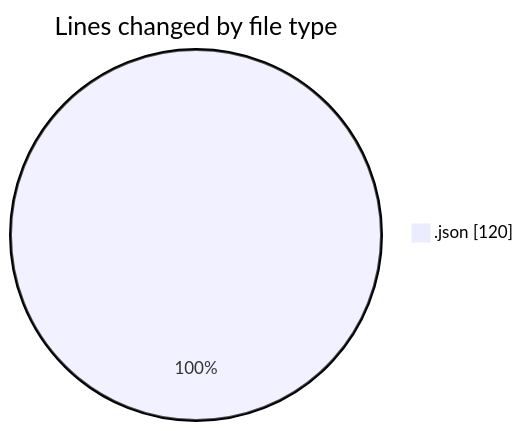
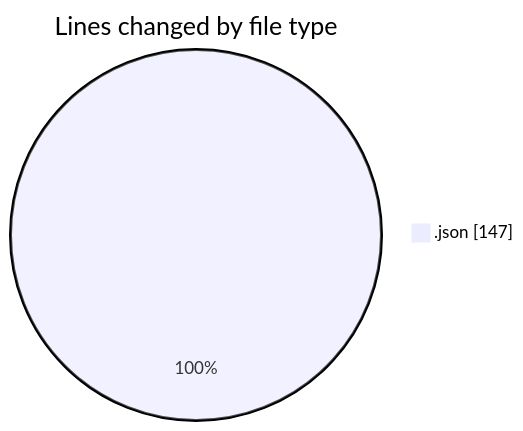
Before and after one commit to EIIisD/code-tracking: the first of 2 diagrams in 2025-08-05/_claude/README.md, drawn with Mermaid. The commit also changed other lines of this file and 1 other file, not shown here.

````diff
--- a/2025-08-05/_claude/README.md
+++ b/2025-08-05/_claude/README.md
@@ -20,5 +20,5 @@
 ```mermaid
 pie showData
 title Lines changed by file type
-".json" : 120
+".json" : 147
 ```
````
